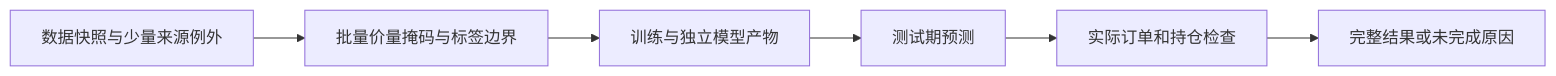
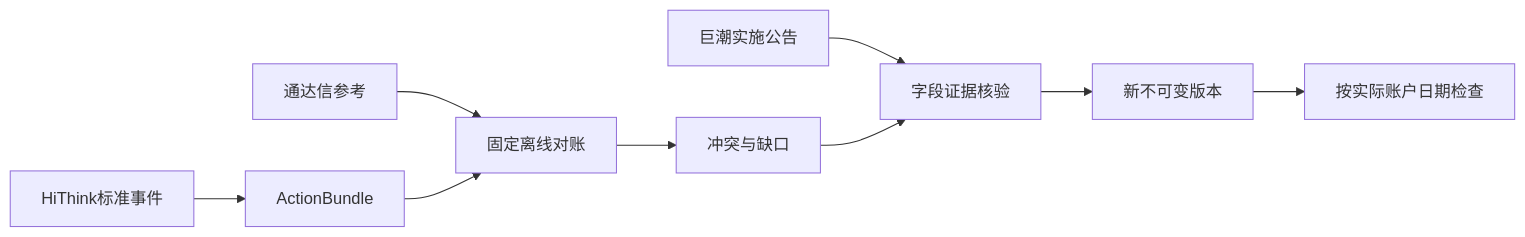
Before and after one commit to Dennishaha/JFQuant: the diagram in crates/storage/src/corporate_actions/README.md, drawn with Mermaid. The commit also changed other lines of this file and 72 other files, not shown here.

````diff
--- a/crates/storage/src/corporate_actions/README.md
+++ b/crates/storage/src/corporate_actions/README.md
@@ -72,8 +12,11 @@
 ```mermaid
 flowchart LR
-  D[数据快照与少量来源例外] --> M[批量价量掩码与标签边界]
-  M --> T[训练与独立模型产物]
-  T --> P[测试期预测]
-  P --> E[实际订单和持仓检查]
-  E --> R[完整结果或未完成原因]
+  H[HiThink标准事件] --> B[ActionBundle]
+  T[通达信参考] --> R[固定离线对账]
+  B --> R
+  R --> I[冲突与缺口]
+  C[巨潮实施公告] --> E[字段证据核验]
+  I --> E
+  E --> V[新不可变版本]
+  V --> X[按实际账户日期检查]
 ```
````
